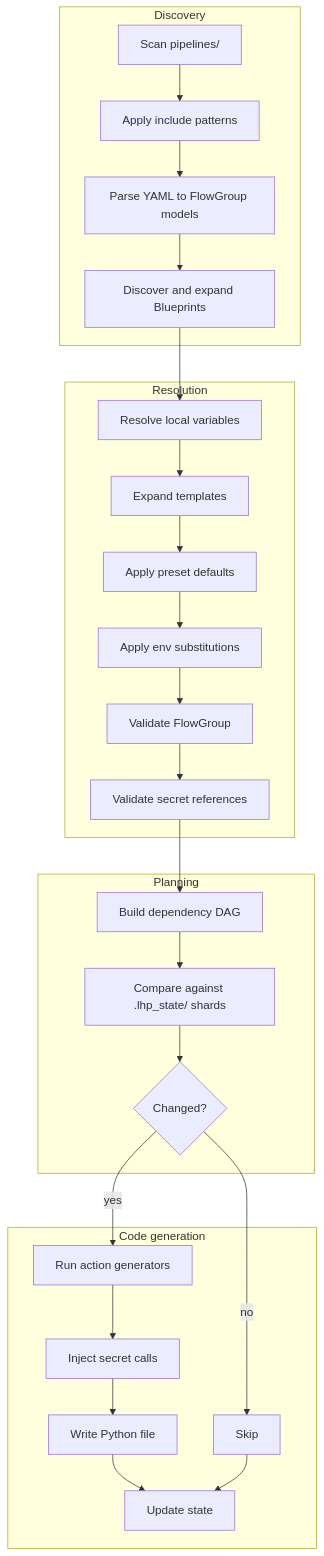
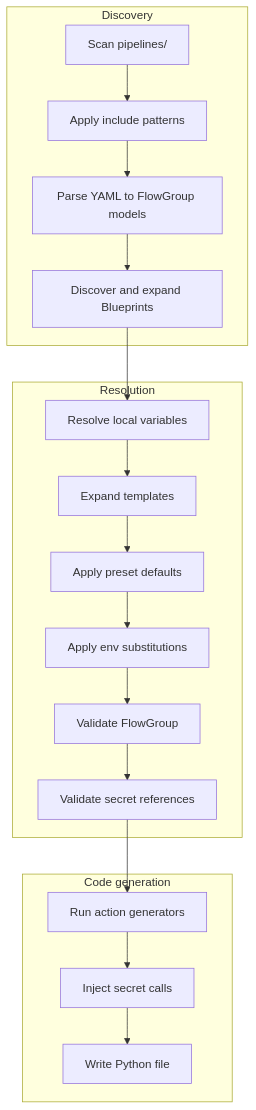
Before and after one commit to Mmodarre/Lakehouse_Plumber: the diagram in docs/architecture.rst, drawn with Mermaid. The commit also changed other lines of this file and 139 other files, not shown here.

```diff
--- a/docs/architecture.rst
+++ b/docs/architecture.rst
@@ -141,29 +140,21 @@
 .. mermaid::
 
    graph TD
        subgraph Discovery
            A[Scan pipelines/] --> B[Apply include patterns]
            B --> C[Parse YAML to FlowGroup models]
            C --> C2[Discover and expand Blueprints]
        end
        subgraph Resolution
            C2 --> D[Resolve local variables]
            D --> E[Expand templates]
            E --> F[Apply preset defaults]
            F --> G[Apply env substitutions]
            G --> H[Validate FlowGroup]
            H --> I[Validate secret references]
        end
-       subgraph Planning
-           I --> J[Build dependency DAG]
-           J --> K[Compare against .lhp_state/ shards]
-           K --> L{Changed?}
-       end
        subgraph Code generation
-           L -->|yes| M[Run action generators]
-           L -->|no| N[Skip]
+           I --> M[Run action generators]
            M --> O[Inject secret calls]
            O --> P[Write Python file]
-           P --> Q[Update state]
-           N --> Q
        end
```
